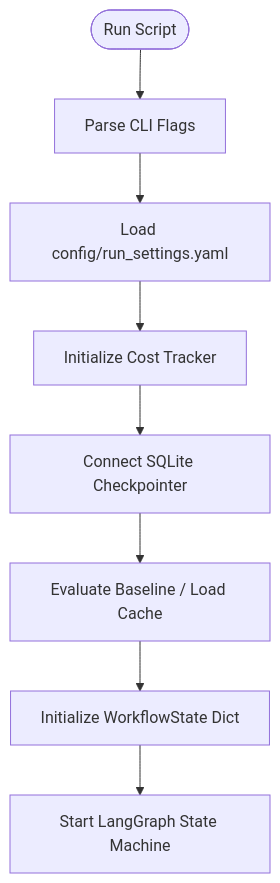
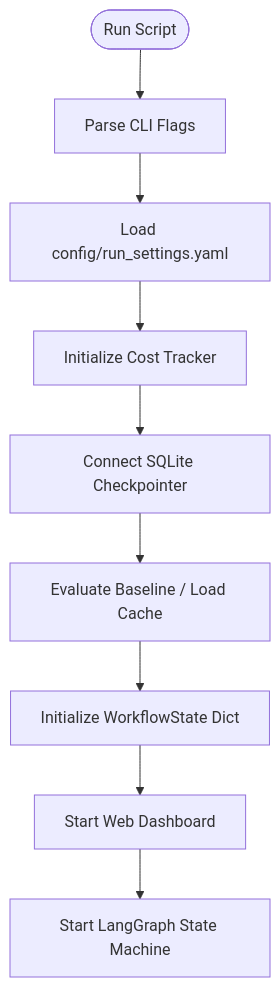
One commit to BhavyaFattania/autonomous-rag changed the diagram in docs/overnight_execution_guide.md. Above: the diagram before and after it, drawn with Mermaid. The commit also changed other lines of this file and 1 other file, not shown here.

First line of the commit message:
docs: document the web dashboard in developer/execution guides

````diff
--- a/docs/overnight_execution_guide.md
+++ b/docs/overnight_execution_guide.md
@@ -29,10 +29,11 @@
 ```mermaid
 flowchart TD
     Start([Run Script]) --> ParseFlags[Parse CLI Flags]
     ParseFlags --> LoadSettings[Load config/run_settings.yaml]
     LoadSettings --> InitCost[Initialize Cost Tracker]
     InitCost --> Checkpoint[Connect SQLite Checkpointer]
     Checkpoint --> EvalBaseline[Evaluate Baseline / Load Cache]
     EvalBaseline --> InitState[Initialize WorkflowState Dict]
-    InitState --> RunGraph[Start LangGraph State Machine]
+    InitState --> StartDashboard[Start Web Dashboard]
+    StartDashboard --> RunGraph[Start LangGraph State Machine]
 ```
````
